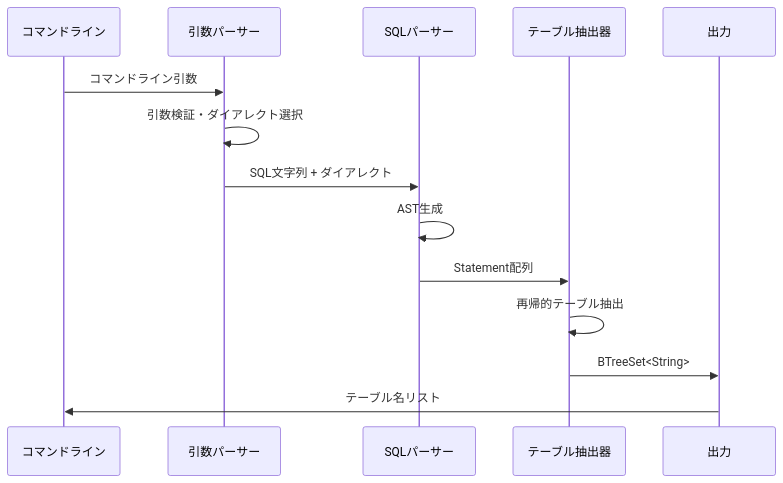
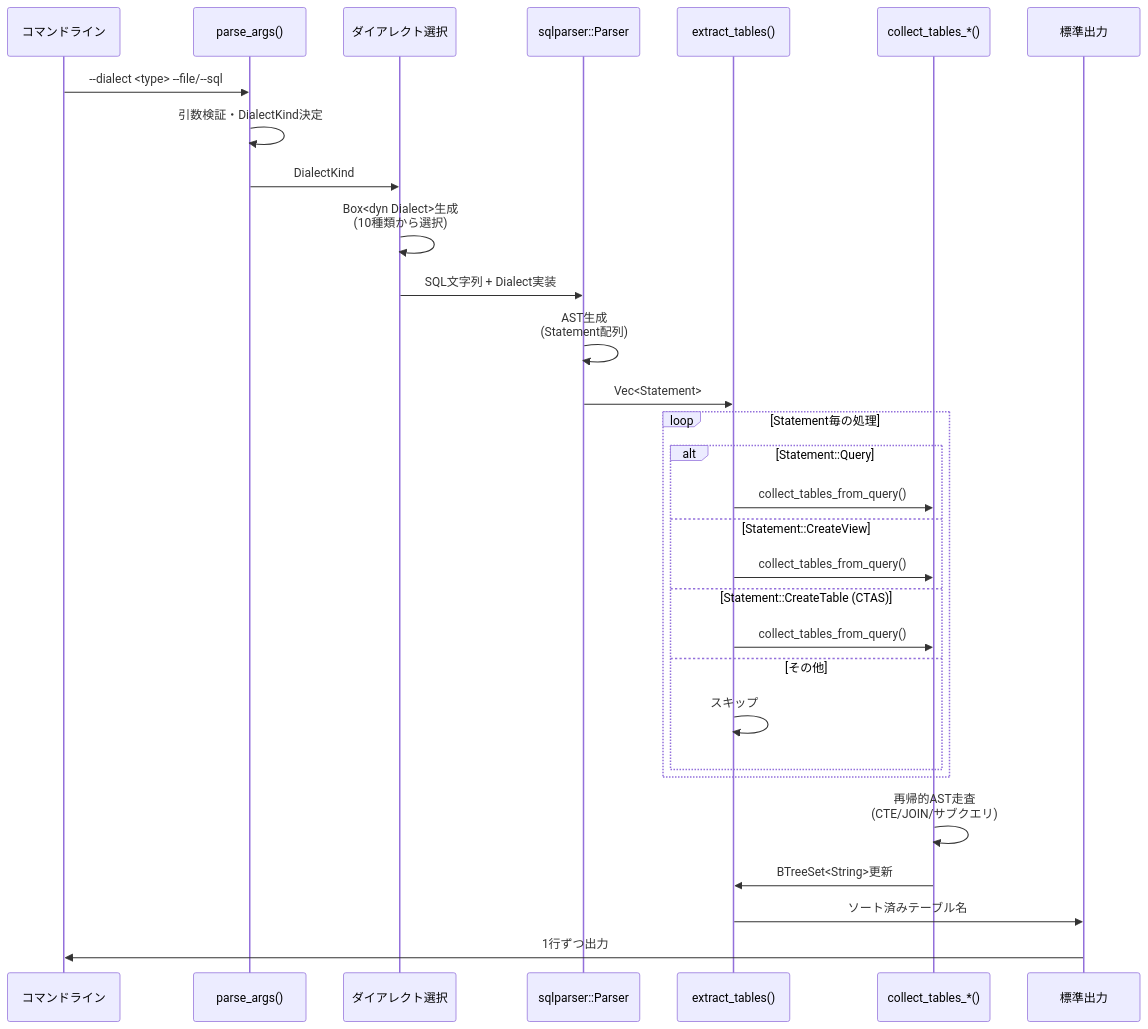
The second of 3 diagrams in docs/architecture.md (toms3776c/simple-sqlparser-rust), drawn with Mermaid before and after one commit. The commit also changed other lines of this file and 2 other files, not shown here.

````diff
--- a/docs/architecture.md
+++ b/docs/architecture.md
@@ -74,17 +121,35 @@
 ```mermaid
 sequenceDiagram
     participant CLI as コマンドライン
-    participant Parser as 引数パーサー
-    participant SQLParser as SQLパーサー
-    participant Extractor as テーブル抽出器
-    participant Output as 出力
+    participant Args as parse_args()
+    participant Dialect as ダイアレクト選択
+    participant SQLParser as sqlparser::Parser
+    participant Extractor as extract_tables()
+    participant Collector as collect_tables_*()
+    participant Output as 標準出力
     
-    CLI->>Parser: コマンドライン引数
-    Parser->>Parser: 引数検証・ダイアレクト選択
-    Parser->>SQLParser: SQL文字列 + ダイアレクト
-    SQLParser->>SQLParser: AST生成
-    SQLParser->>Extractor: Statement配列
-    Extractor->>Extractor: 再帰的テーブル抽出
-    Extractor->>Output: BTreeSet<String>
-    Output->>CLI: テーブル名リスト
+    CLI->>Args: --dialect <type> --file/--sql
+    Args->>Args: 引数検証・DialectKind決定
+    Args->>Dialect: DialectKind
+    Dialect->>Dialect: Box<dyn Dialect>生成<br/>(10種類から選択)
+    Dialect->>SQLParser: SQL文字列 + Dialect実装
+    SQLParser->>SQLParser: AST生成<br/>(Statement配列)
+    SQLParser->>Extractor: Vec<Statement>
+    
+    loop Statement毎の処理
+        alt Statement::Query
+            Extractor->>Collector: collect_tables_from_query()
+        else Statement::CreateView
+            Extractor->>Collector: collect_tables_from_query()
+        else Statement::CreateTable (CTAS)
+            Extractor->>Collector: collect_tables_from_query()
+        else その他
+            Extractor->>Extractor: スキップ
+        end
+    end
+    
+    Collector->>Collector: 再帰的AST走査<br/>(CTE/JOIN/サブクエリ)
+    Collector->>Extractor: BTreeSet<String>更新
+    Extractor->>Output: ソート済みテーブル名
+    Output->>CLI: 1行ずつ出力
 ```
````
